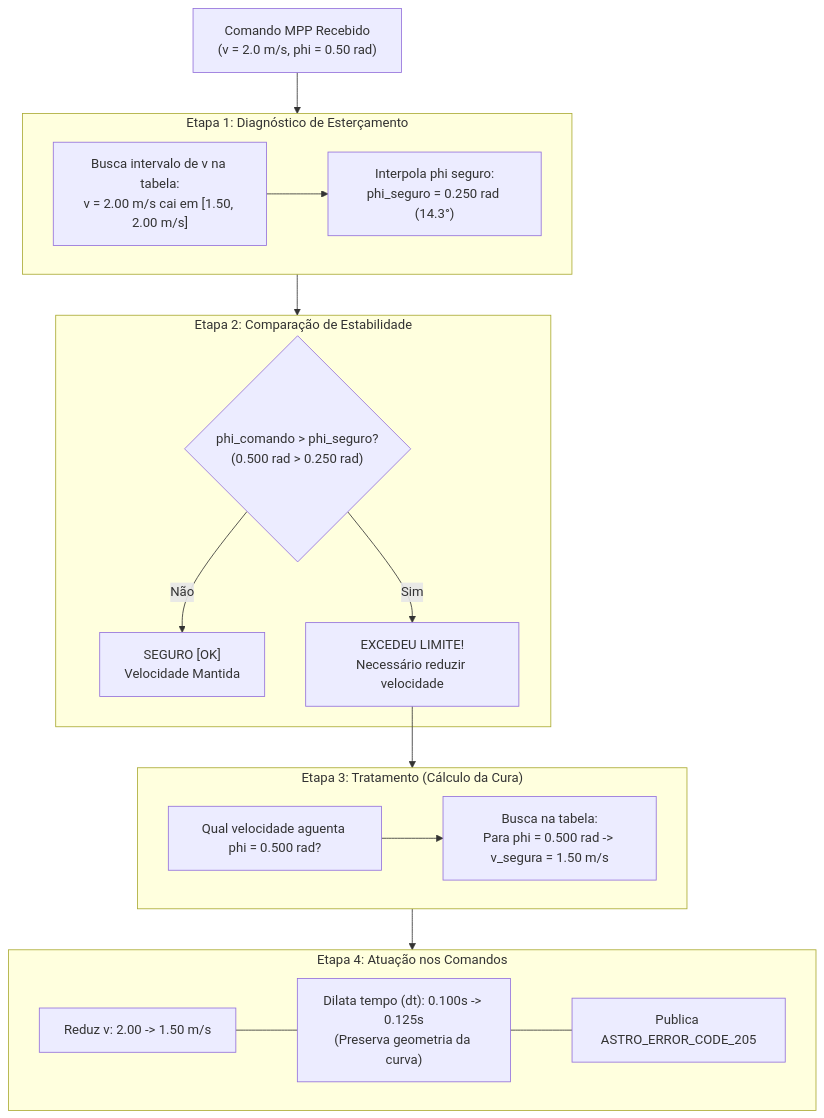
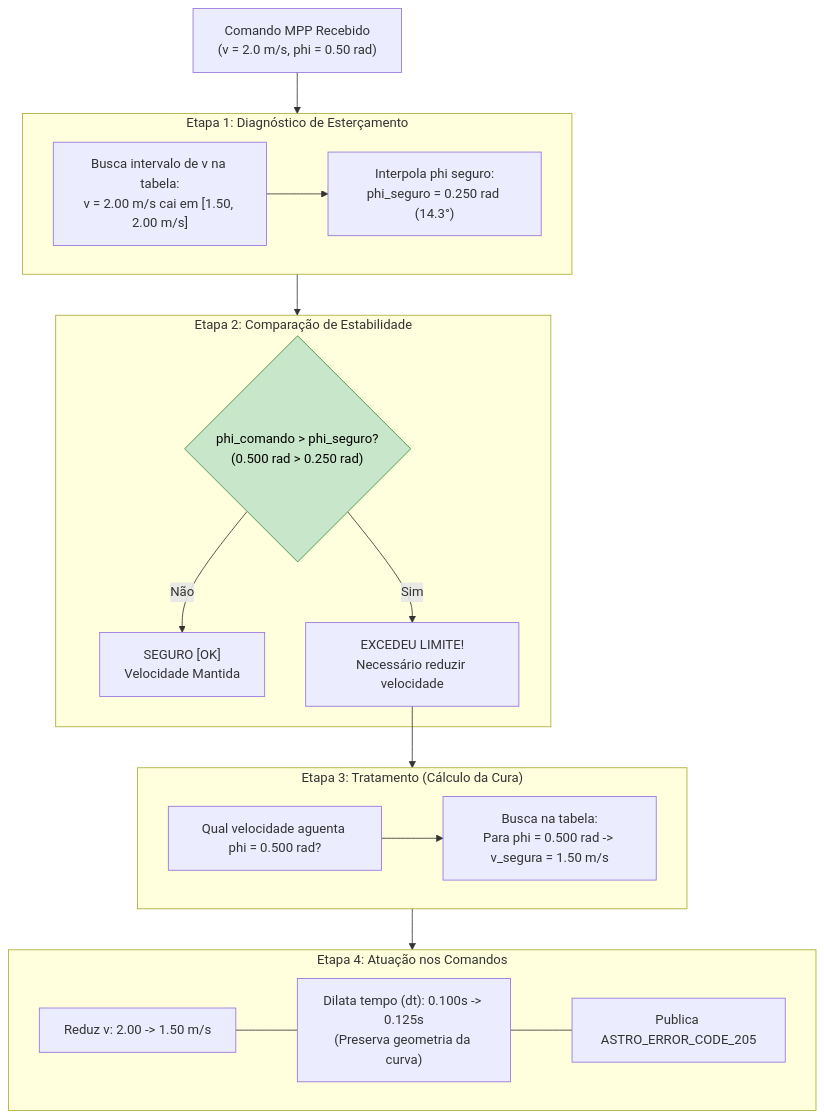
The second of 2 diagrams in README.md (BrenoCSilva/lume), drawn with Mermaid before and after one commit.

````diff
--- a/README.md
+++ b/README.md
@@ -71,33 +71,34 @@
 ```mermaid
 flowchart TD
     CMD["Comando MPP Recebido<br>(v = 2.0 m/s, phi = 0.50 rad)"] --> E1
     
     subgraph E1 ["Etapa 1: Diagnóstico de Esterçamento"]
         D1["Busca intervalo de v na tabela:<br>v = 2.00 m/s cai em [1.50, 2.00 m/s]"]
         D1 --> D2["Interpola phi seguro:<br>phi_seguro = 0.250 rad (14.3°)"]
     end
     
     E1 --> E2
     
     subgraph E2 ["Etapa 2: Comparação de Estabilidade"]
         C1{"phi_comando > phi_seguro?<br>(0.500 rad > 0.250 rad)"}
         C1 -->|Não| OK["SEGURO [OK]<br>Velocidade Mantida"]
         C1 -->|Sim| ALERTA["EXCEDEU LIMITE!<br>Necessário reduzir velocidade"]
+        style C1 fill:#c8e6c9,stroke:#388e3c,color:#000
     end
     
     ALERTA --> E3
     
     subgraph E3 ["Etapa 3: Tratamento (Cálculo da Cura)"]
         T1["Qual velocidade aguenta phi = 0.500 rad?"]
         T1 --> T2["Busca na tabela:<br>Para phi = 0.500 rad -> v_segura = 1.50 m/s"]
     end
     
     E3 --> E4
     
     subgraph E4 ["Etapa 4: Atuação nos Comandos"]
         A1["Reduz v: 2.00 -> 1.50 m/s"]
         A2["Dilata tempo (dt): 0.100s -> 0.125s<br>(Preserva geometria da curva)"]
         A3["Publica ASTRO_ERROR_CODE_205"]
         A1 --- A2 --- A3
     end
 ```
````
